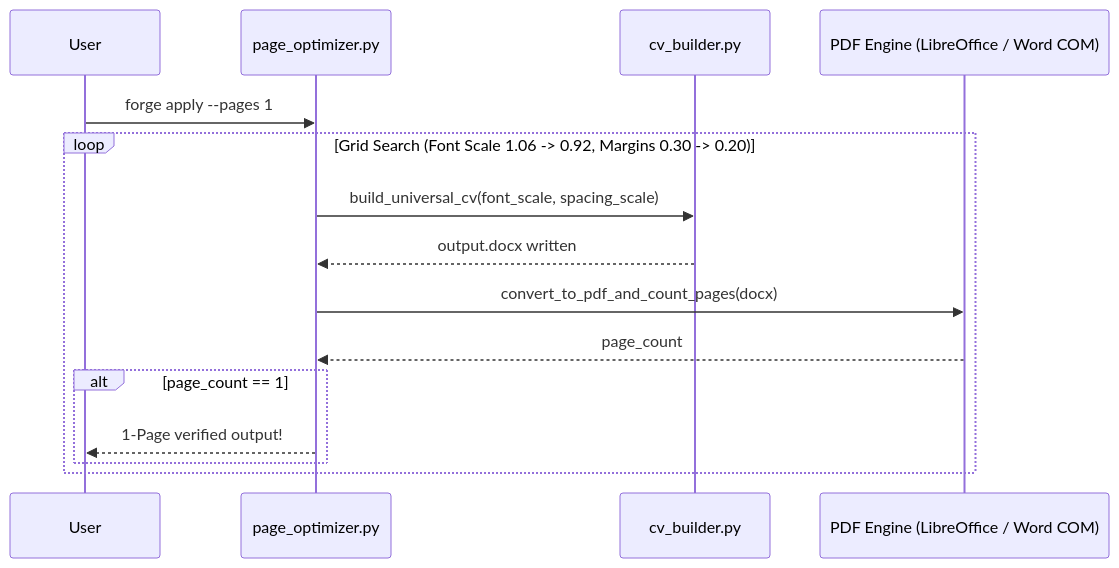
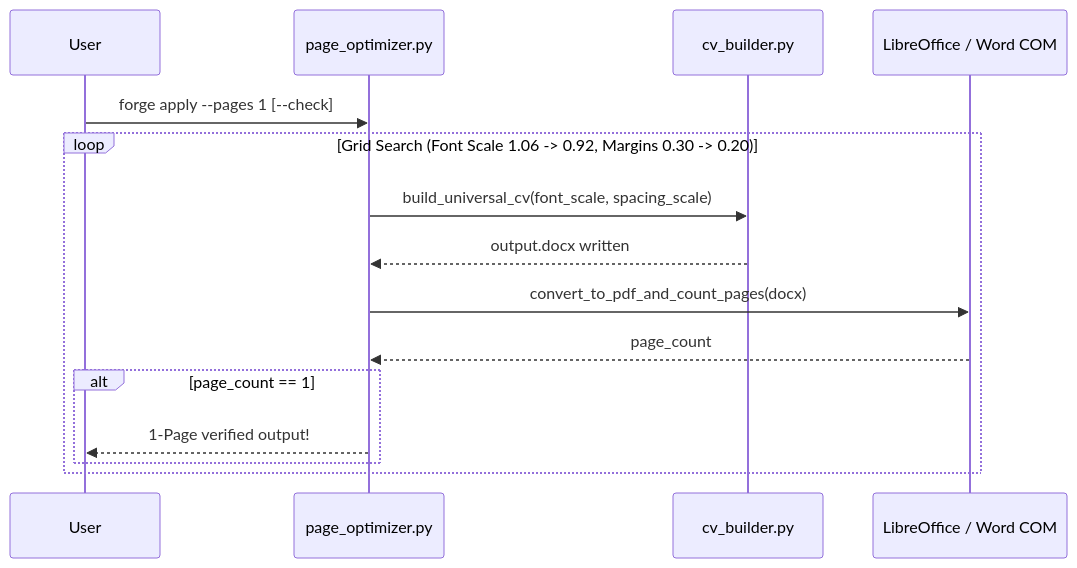
The second of 3 diagrams in docs/ARCHITECTURE.md (rafijurrahman/careerforge), drawn with Mermaid before and after one commit. The commit also changed other lines of this file and 22 other files, not shown here.

````diff
--- a/docs/ARCHITECTURE.md
+++ b/docs/ARCHITECTURE.md
@@ -63,18 +88,18 @@
 ```mermaid
 sequenceDiagram
     participant User
     participant Optimizer as page_optimizer.py
     participant Builder as cv_builder.py
-    participant Backend as PDF Engine (LibreOffice / Word COM)
+    participant Backend as LibreOffice / Word COM
 
-    User->>Optimizer: forge apply --pages 1
+    User->>Optimizer: forge apply --pages 1 [--check]
     loop Grid Search (Font Scale 1.06 -> 0.92, Margins 0.30 -> 0.20)
         Optimizer->>Builder: build_universal_cv(font_scale, spacing_scale)
         Builder-->>Optimizer: output.docx written
         Optimizer->>Backend: convert_to_pdf_and_count_pages(docx)
         Backend-->>Optimizer: page_count
         alt page_count == 1
             Optimizer-->>User: 1-Page verified output!
         end
     end
 ```
````
